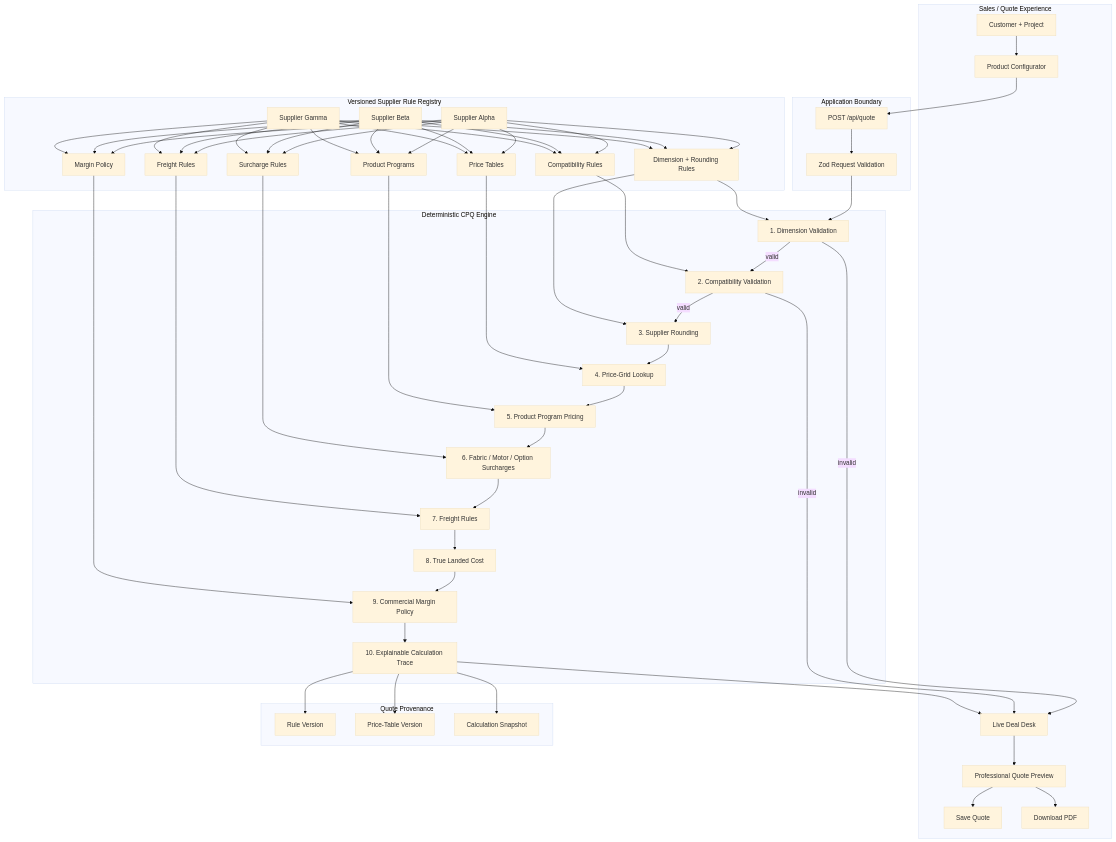
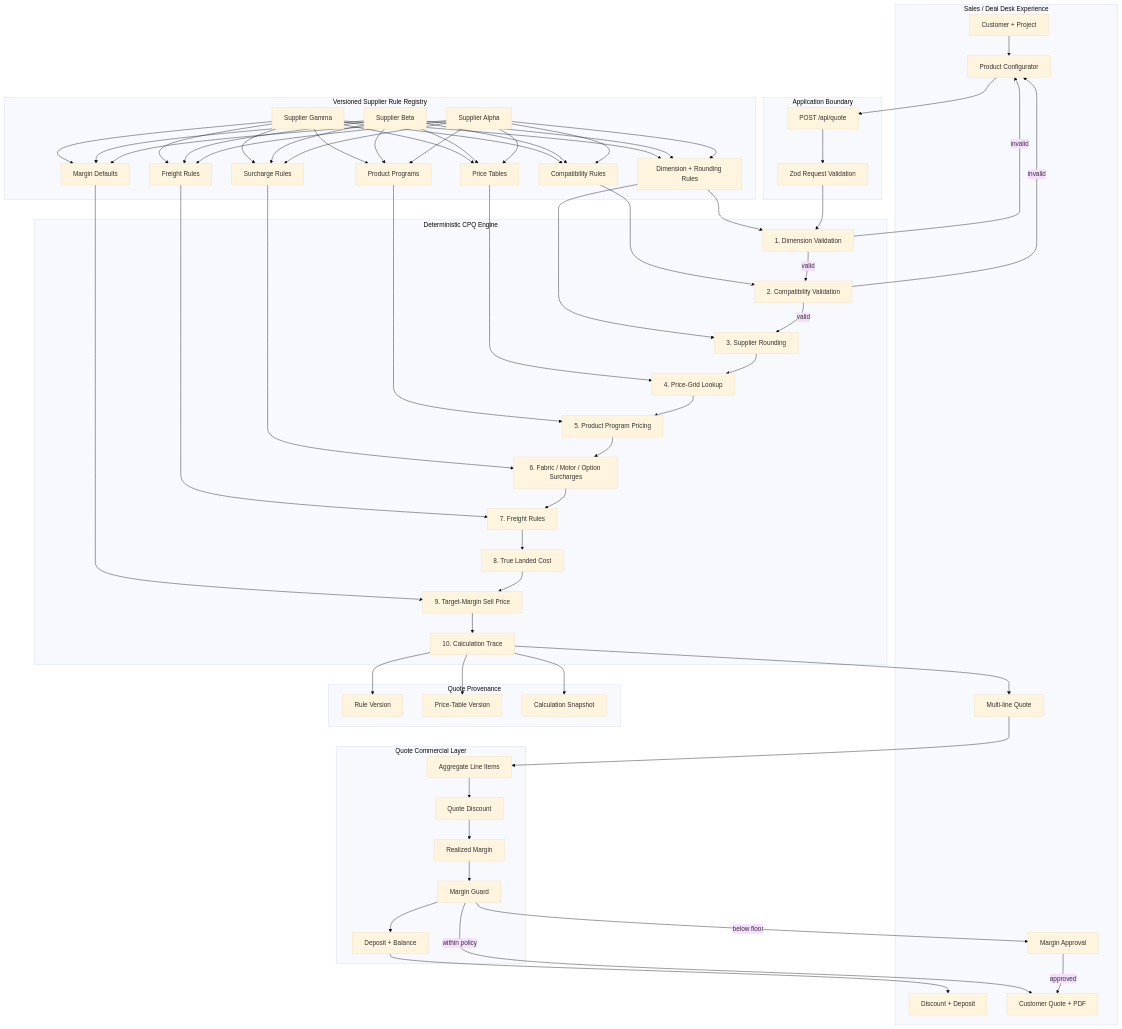
One commit to Kohronburton/supplier-pricing-engine changed the diagram in README.md. Above: the diagram before and after it, drawn with Mermaid (base theme). The commit also changed other lines of this file and 13 other files, not shown here.

First line of the commit message:
V5: case study narrative and multi-line quote studio

````diff
--- a/README.md
+++ b/README.md
@@ -50,12 +97,12 @@
 ```mermaid
 flowchart TB
-    subgraph EXPERIENCE["Sales / Quote Experience"]
+    subgraph EXPERIENCE["Sales / Deal Desk Experience"]
         CUSTOMER["Customer + Project"]
-        CONFIG["Product Configurator"]
-        PRICE["Live Deal Desk"]
-        PREVIEW["Professional Quote Preview"]
-        SAVE["Save Quote"]
-        PDF["Download PDF"]
+        BUILDER["Product Configurator"]
+        CART["Multi-line Quote"]
+        TERMS["Discount + Deposit"]
+        APPROVAL["Margin Approval"]
+        OUTPUT["Customer Quote + PDF"]
     end
 
     subgraph API["Application Boundary"]
@@ -72,8 +119,8 @@
         SUR["6. Fabric / Motor / Option Surcharges"]
         FREIGHT["7. Freight Rules"]
         COST["8. True Landed Cost"]
-        MARGIN["9. Commercial Margin Policy"]
-        TRACE["10. Explainable Calculation Trace"]
+        MARGIN["9. Target-Margin Sell Price"]
+        TRACE["10. Calculation Trace"]
     end
 
     subgraph RULES["Versioned Supplier Rule Registry"]
@@ -86,25 +133,31 @@
         GRIDS["Price Tables"]
         SURR["Surcharge Rules"]
         FR["Freight Rules"]
-        POLICY["Margin Policy"]
+        POLICY["Margin Defaults"]
+    end
+
+    subgraph COMMERCIAL["Quote Commercial Layer"]
+        AGG["Aggregate Line Items"]
+        DISCOUNT["Quote Discount"]
+        REALIZED["Realized Margin"]
+        GUARD["Margin Guard"]
+        DEPOSIT["Deposit + Balance"]
     end
 
     subgraph PROVENANCE["Quote Provenance"]
         RULEVER["Rule Version"]
         GRIDVER["Price-Table Version"]
-        RESULT["Calculation Snapshot"]
+        SNAPSHOT["Calculation Snapshot"]
     end
 
-    CUSTOMER --> CONFIG
-    CONFIG --> ROUTE --> ZOD --> VALIDATE
+    CUSTOMER --> BUILDER
+    BUILDER --> ROUTE --> ZOD --> VALIDATE
     VALIDATE -->|valid| COMPAT
-    VALIDATE -->|invalid| PRICE
+    VALIDATE -->|invalid| BUILDER
     COMPAT -->|valid| ROUND
-    COMPAT -->|invalid| PRICE
-    ROUND --> GRID --> PRODUCT --> SUR --> FREIGHT --> COST --> MARGIN --> TRACE --> PRICE
-    PRICE --> PREVIEW
-    PREVIEW --> SAVE
-    PREVIEW --> PDF
+    COMPAT -->|invalid| BUILDER
+    ROUND --> GRID --> PRODUCT --> SUR --> FREIGHT --> COST --> MARGIN --> TRACE
+    TRACE --> CART
 
     ALPHA --> PRODUCTS
     BETA --> PRODUCTS
@@ -137,7 +190,12 @@
     FR --> FREIGHT
     POLICY --> MARGIN
 
+    CART --> AGG --> DISCOUNT --> REALIZED --> GUARD --> DEPOSIT --> TERMS
+    GUARD -->|below floor| APPROVAL
+    APPROVAL -->|approved| OUTPUT
+    GUARD -->|within policy| OUTPUT
+
     TRACE --> RULEVER
     TRACE --> GRIDVER
-    TRACE --> RESULT
+    TRACE --> SNAPSHOT
 ```
````
